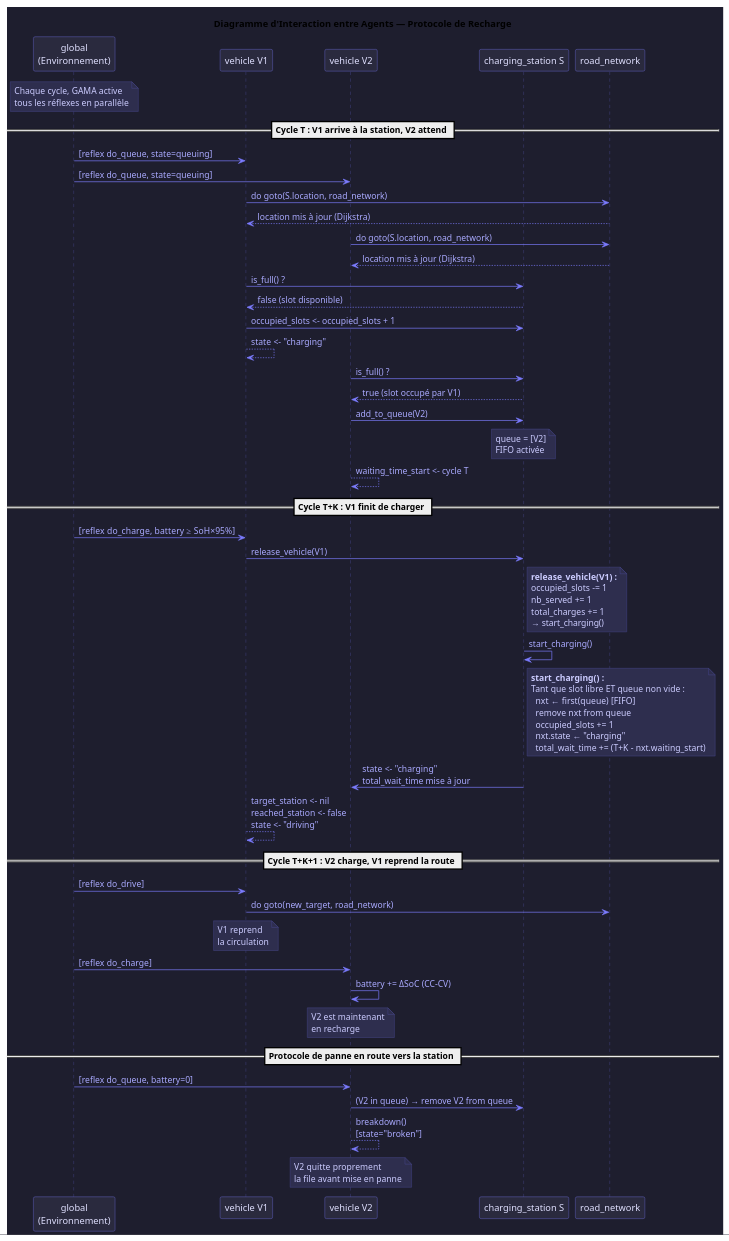
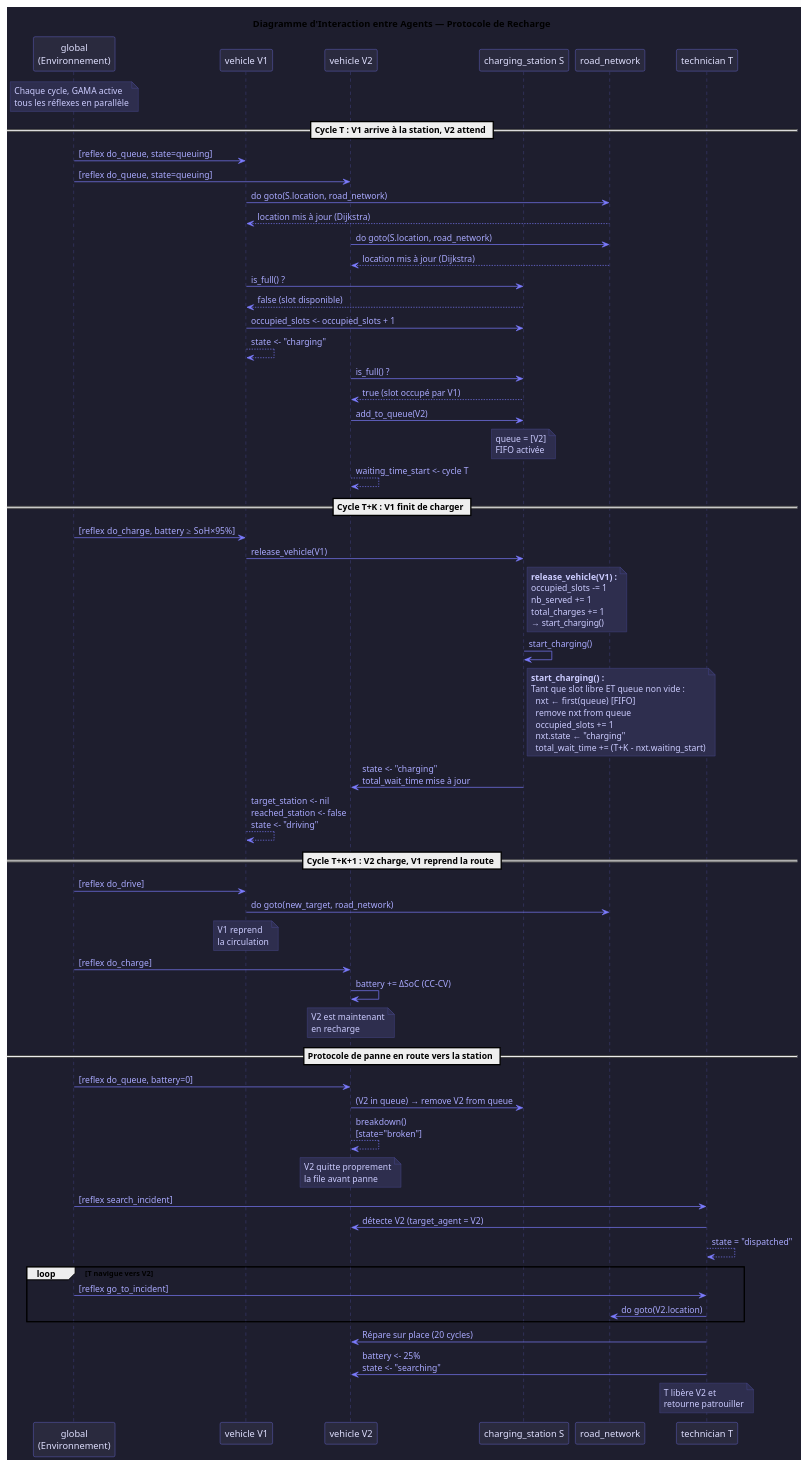
Before and after one commit to Tchoutouo/ev_charging_simulation: the diagram in diagrams/08_interaction_agents.puml, drawn with PlantUML. The commit also changed 10 other files, not shown here.

```diff
--- a/diagrams/08_interaction_agents.puml
+++ b/diagrams/08_interaction_agents.puml
@@ -1,91 +1,105 @@
 @startuml 08_Interaction_Agents
 
 skinparam backgroundColor #1E1E2E
 skinparam AgentBackgroundColor #2A2A3E
 skinparam AgentBorderColor #7C7CFF
 skinparam AgentFontColor #E0E0FF
 skinparam SequenceArrowColor #7C7CFF
 skinparam SequenceArrowFontColor #AAAAFF  
 skinparam SequenceLifeLineBorderColor #5555AA
 skinparam ParticipantBackgroundColor #2A2A3E
 skinparam ParticipantBorderColor #7C7CFF
 skinparam ParticipantFontColor #E0E0FF
 skinparam NoteBackgroundColor #2E2E4E
 skinparam NoteBorderColor #5555AA
 skinparam NoteFontColor #CCCCFF
 
 title Diagramme d'Interaction entre Agents — Protocole de Recharge
 
 participant "global\n(Environnement)" as G
 participant "vehicle V1" as V1
 participant "vehicle V2" as V2
 participant "charging_station S" as S
 participant "road_network" as N
+participant "technician T" as T
 
 note over G : Chaque cycle, GAMA active\ntous les réflexes en parallèle
 
 == Cycle T : V1 arrive à la station, V2 attend ==
 
 G -> V1 : [reflex do_queue, state=queuing]
 G -> V2 : [reflex do_queue, state=queuing]
 
 V1 -> N : do goto(S.location, road_network)
 N --> V1 : location mis à jour (Dijkstra)
 
 V2 -> N : do goto(S.location, road_network)
 N --> V2 : location mis à jour (Dijkstra)
 
 V1 -> S : is_full() ?
 S --> V1 : false (slot disponible)
 V1 -> S : occupied_slots <- occupied_slots + 1
 V1 --> V1 : state <- "charging"
 
 V2 -> S : is_full() ?
 S --> V2 : true (slot occupé par V1)
 V2 -> S : add_to_queue(V2)
 note over S : queue = [V2]\nFIFO activée
 V2 --> V2 : waiting_time_start <- cycle T
 
 == Cycle T+K : V1 finit de charger ==
 
 G -> V1 : [reflex do_charge, battery ≥ SoH×95%]
 V1 -> S : release_vehicle(V1)
 note right of S
   <b>release_vehicle(V1) :</b>
   occupied_slots -= 1
   nb_served += 1
   total_charges += 1
   → start_charging()
 end note
 S -> S : start_charging()
 note right of S
   <b>start_charging() :</b>
   Tant que slot libre ET queue non vide :
     nxt ← first(queue)  [FIFO]
     remove nxt from queue
     occupied_slots += 1
     nxt.state ← "charging"
     total_wait_time += (T+K - nxt.waiting_start)
 end note
 S -> V2 : state <- "charging"\ntotal_wait_time mise à jour
 
 V1 --> V1 : target_station <- nil\nreached_station <- false\nstate <- "driving"
 
 == Cycle T+K+1 : V2 charge, V1 reprend la route ==
 
 G -> V1 : [reflex do_drive]
 V1 -> N : do goto(new_target, road_network)
 note over V1 : V1 reprend\nla circulation
 
 G -> V2 : [reflex do_charge]
 V2 -> V2 : battery += ΔSoC (CC-CV)
 note over V2 : V2 est maintenant\nen recharge
 
 == Protocole de panne en route vers la station ==
 
 G -> V2 : [reflex do_queue, battery=0]
 V2 -> S : (V2 in queue) → remove V2 from queue
 V2 --> V2 : breakdown()\n[state="broken"]
-note over V2 : V2 quitte proprement\nla file avant mise en panne
+note over V2 : V2 quitte proprement\nla file avant panne
+
+G -> T : [reflex search_incident]
+T -> V2 : détecte V2 (target_agent = V2)
+T --> T : state = "dispatched"
+
+loop T navigue vers V2
+    G -> T : [reflex go_to_incident]
+    T -> N : do goto(V2.location)
+end
+
+T -> V2 : Répare sur place (20 cycles)
+T -> V2 : battery <- 25%\nstate <- "searching"
+note over T : T libère V2 et\nretourne patrouiller
 
 @enduml
```
